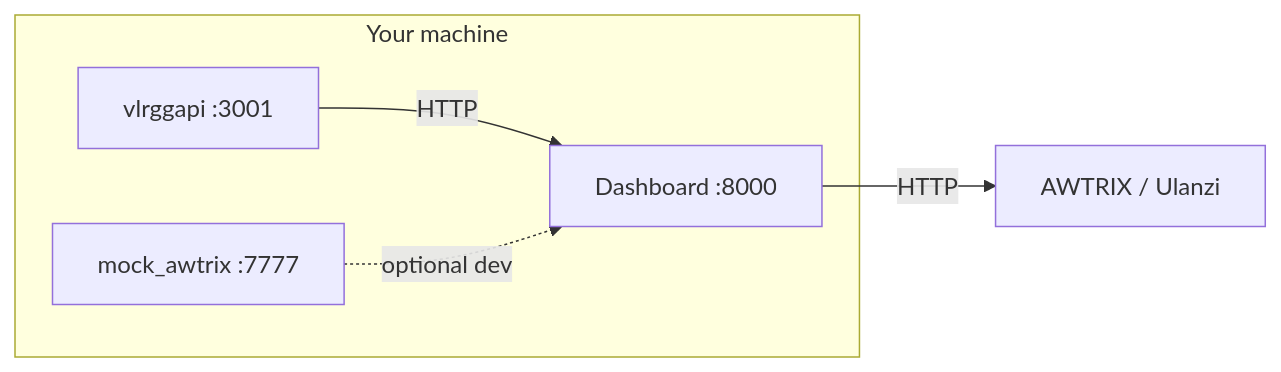
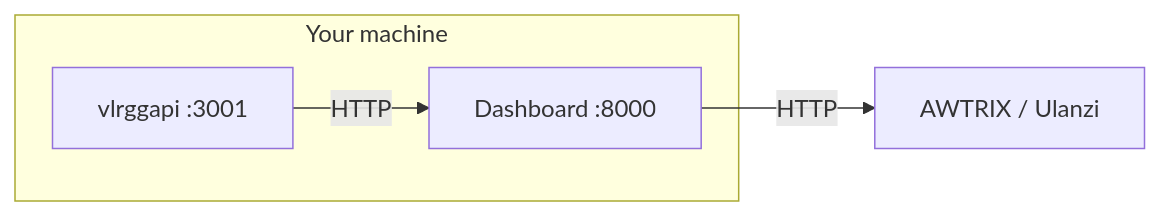
The diagram in README.md (darkcnight/Ulanzi-VCT-Dashboard), drawn with Mermaid before and after one commit. The commit also changed other lines of this file and 2 other files, not shown here.

First line of the commit message:
remove mock AWTRIX support

````diff
--- a/README.md
+++ b/README.md
@@ -29,12 +28,10 @@
 ```mermaid
 flowchart LR
   subgraph user[Your machine]
     VLR[vlrggapi :3001]
     Dash[Dashboard :8000]
-    Mock[mock_awtrix :7777]
   end
   Clock[AWTRIX / Ulanzi]
   VLR -->|HTTP| Dash
-  Mock -.->|optional dev| Dash
   Dash -->|HTTP| Clock
 ```
````
